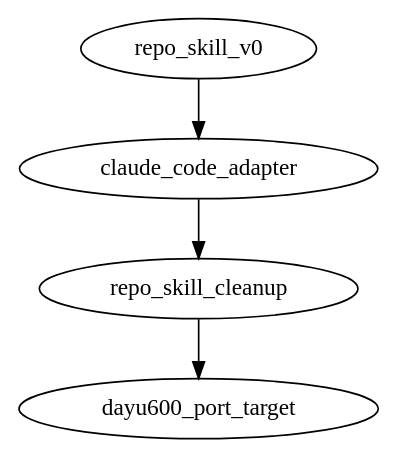
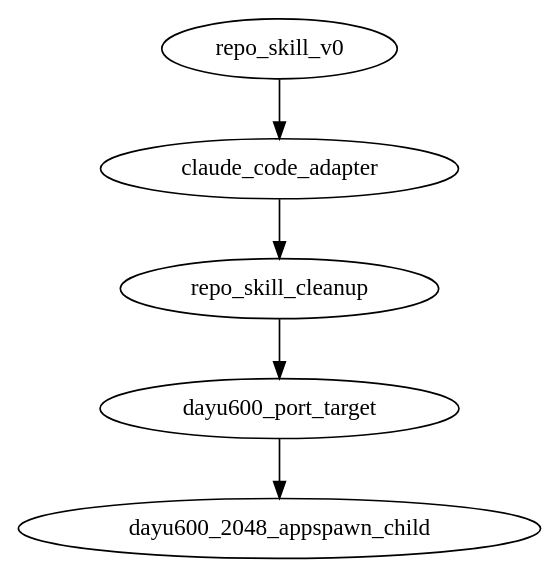
Before and after one commit to BH3GEI/westlake-piercing: the diagram in REPO_HISTORY.dot, drawn with Graphviz. The commit also changed 454 other files, not shown here.

Commit message:
Document DAYU600 port handoff

```diff
--- a/REPO_HISTORY.dot
+++ b/REPO_HISTORY.dot
@@ -1,56 +1,68 @@
 digraph westlake_repo_history {
   graph [
     format="repo-skill-history-v0",
     rule="each node records one agent-facing change; commit=self is allowed only for the node introduced by the current commit"
   ];
 
   repo_skill_v0 [
     commit="fb3661c",
     base_commit="b9ede74ac6a19e9e05e09800a4c8757b60ea48d5",
     actor="Yao/Codex",
     title="add repo skill v0",
     user_input="Fork westlake-piercing to BH3GEI and add a dynamic repo skill system with DOT pipeline, lock, history, and skill-local tools.",
     agent_action="Created REPO_SKILL.md, REPO_PIPELINE.dot, REPO_LOCK.toml, REPO_HISTORY.dot, .repo-skill/SKILL.md, runner code, checks, and turn notes.",
     code_delta="No runtime adapter behavior changed; added collaboration and reproducibility metadata plus a local DOT runner.",
     verify="static runner checks; full replay requires DAYU200 and artifact baseline",
     note=".repo-skill/turns/2026-06-30-repo-skill-v0.md"
   ];
 
   claude_code_adapter [
     commit="6113f4b",
     base_commit="fb3661c",
     actor="Yao/Codex",
     title="add Claude Code skill adapter",
     user_input="Add the Claude Code layer so Claude can discover the repo skill without duplicating the main rules.",
     agent_action="Created .claude/skills/westlake-repo/SKILL.md and linked REPO_SKILL.md as the single source of truth.",
     code_delta="No runtime adapter behavior changed; added Claude Code discovery metadata and updated repo skill history.",
     verify="static file checks; full replay still requires DAYU200, hdc, and external artifacts",
     note=".repo-skill/turns/2026-06-30-claude-code-adapter.md"
   ];
 
   repo_skill_cleanup [
     commit="f926081",
     base_commit="6113f4b",
     actor="Yao/Codex",
     title="clean up repo skill metadata",
     user_input="Inspect BH3GEI/westlake-piercing, especially its built-in repo skill.",
     agent_action="Added Codex frontmatter to .repo-skill/SKILL.md, rewrote mojibake Claude adapter and turn note, improved missing-command/9009 reporting, and recorded this cleanup turn.",
     code_delta="No runtime adapter behavior changed; cleaned repository skill metadata, agent-facing history, and runner diagnostics.",
     verify="static skill checks; repo-local check flow fails honestly on this Windows host before hardware/artifact verification",
     note=".repo-skill/turns/2026-07-01-repo-skill-cleanup.md"
   ];
 
   dayu600_port_target [
-    commit="self",
+    commit="pending",
     base_commit="f926081",
     actor="Yao/Codex",
     title="declare DAYU600 as active port target",
     user_input="Clarify that westlake-piercing must be reproduced on the current DAYU600/uis7885 board, not only on DAYU200/RK3568.",
     agent_action="Updated repo skill, lock, pipeline, and docs for a DAYU600 port track; added a non-mutating dayu600-audit flow, live HDC audit checks, stock baseline hash inventory, and build-gap tracker.",
     code_delta="No runtime adapter behavior changed; added DAYU600 port metadata, docs, audit helpers, local stock baseline hash records, and source/build gap documentation.",
     verify="ran dayu600-audit over HDC; confirmed uis7885 arm64-v8a OpenHarmony 6.1.0.31, stock 64-bit appspawn, no appspawn-x, no /system/android substrate, and pulled stock appspawn/config/lib hashes",
     note=".repo-skill/turns/2026-07-01-dayu600-port-target.md"
   ];
 
-  repo_skill_v0 -> claude_code_adapter -> repo_skill_cleanup -> dayu600_port_target;
+  dayu600_2048_appspawn_child [
+    commit="self",
+    base_commit="pending",
+    actor="Yao/Codex",
+    title="run real 2048 APK inside DAYU600 app child",
+    user_input="Run the attached 2048 APK on the OpenHarmony DAYU600 board using the A2OH/westlake-piercing port, not a rewritten clone.",
+    agent_action="Added DAYU600 APK/framework/AppSpawnX fixtures, patched the aarch64 ART runtime for the standalone String.valueOf(int)/Integer.toString(int) path, added the embedded no-exit AppSpawnX path, deployed the probe runtime under /data/local/tmp, and joined aa start to a temporary AppSpawnX app-child route without replacing stock appspawn.",
+    code_delta="Added reproducible DAYU600 2048 probe scripts and repo-skill flow entries; no /system binary replacement and no legacy 32-bit DAYU200 artifacts deployed.",
+    verify="real com.digiplex.game.MainActivity.onCreate, privateR, gameStateJson, and gameMoveJson return RC:0 under standalone ART; temporary AppSpawnX app-child route runs embedded ART and onCreateNullTrace RC:0 inside m.digiplex.game while OHOS reaches AbilityTransitionDone",
+    note=".repo-skill/turns/2026-07-02-dayu600-2048-appspawn-child.md"
+  ];
+
+  repo_skill_v0 -> claude_code_adapter -> repo_skill_cleanup -> dayu600_port_target -> dayu600_2048_appspawn_child;
 }
```
